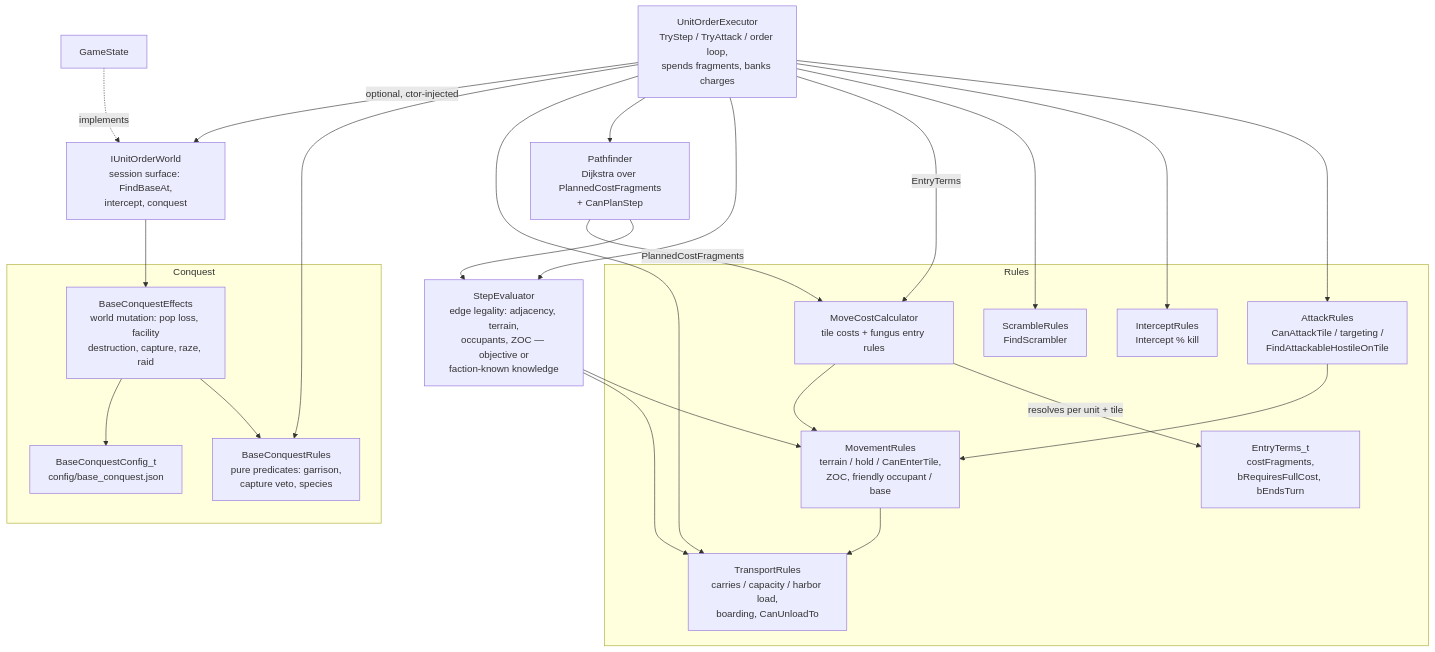
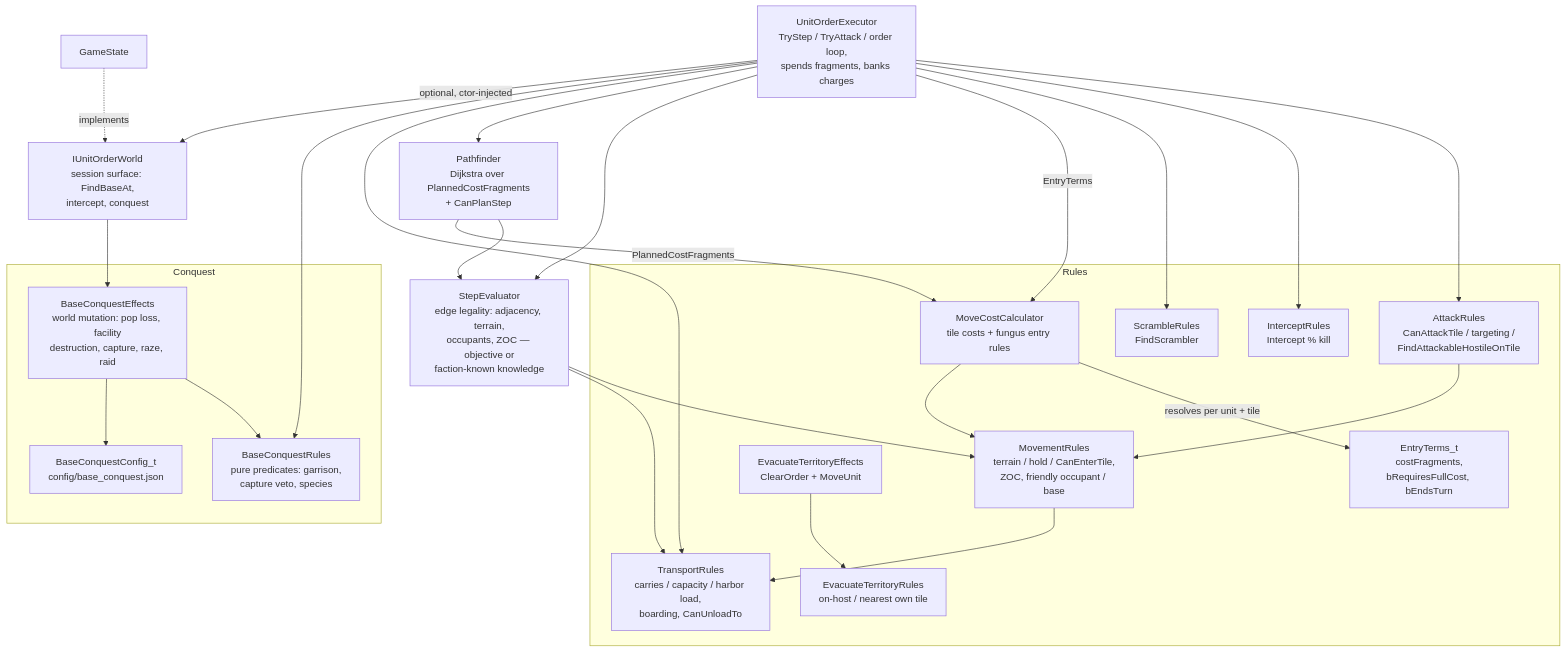
Before and after one commit to kilianloftis/alpha-centauri: the diagram in docs/architecture/unit-movement-system.md, drawn with Mermaid. The commit also changed other lines of this file and 8 other files, not shown here.

````diff
--- a/docs/architecture/unit-movement-system.md
+++ b/docs/architecture/unit-movement-system.md
@@ -9,46 +9,49 @@
 ```mermaid
 graph TD
     subgraph Rules
         MovementRules[MovementRules<br/>terrain / hold / CanEnterTile,<br/>ZOC, friendly occupant / base]
         TransportRules[TransportRules<br/>carries / capacity / harbor load,<br/>boarding, CanUnloadTo]
         MoveCostCalculator[MoveCostCalculator<br/>tile costs + fungus entry rules]
         EntryTerms[EntryTerms_t<br/>costFragments,<br/>bRequiresFullCost, bEndsTurn]
         MoveCostCalculator -->|resolves per unit + tile| EntryTerms
         MovementRules --> TransportRules
         AttackRules[AttackRules<br/>CanAttackTile / targeting /<br/>FindAttackableHostileOnTile]
         InterceptRules[InterceptRules<br/>Intercept % kill]
         ScrambleRules[ScrambleRules<br/>FindScrambler]
         AttackRules --> MovementRules
+        EvacuateTerritoryRules[EvacuateTerritoryRules<br/>on-host / nearest own tile]
+        EvacuateTerritoryEffects[EvacuateTerritoryEffects<br/>ClearOrder + MoveUnit]
+        EvacuateTerritoryEffects --> EvacuateTerritoryRules
     end
 
     subgraph Conquest
         BaseConquestRules[BaseConquestRules<br/>pure predicates: garrison,<br/>capture veto, species]
         BaseConquestEffects[BaseConquestEffects<br/>world mutation: pop loss, facility<br/>destruction, capture, raze, raid]
         BaseConquestConfig[BaseConquestConfig_t<br/>config/base_conquest.json]
         BaseConquestEffects --> BaseConquestRules
         BaseConquestEffects --> BaseConquestConfig
     end
 
     StepEvaluator[StepEvaluator<br/>edge legality: adjacency, terrain,<br/>occupants, ZOC — objective or<br/>faction-known knowledge]
     Pathfinder[Pathfinder<br/>Dijkstra over PlannedCostFragments<br/>+ CanPlanStep]
     UnitOrderExecutor[UnitOrderExecutor<br/>TryStep / TryAttack / order loop,<br/>spends fragments, banks charges]
     UnitOrderExecutor --> AttackRules
     UnitOrderExecutor --> InterceptRules
     UnitOrderExecutor --> ScrambleRules
     IUnitOrderWorld[IUnitOrderWorld<br/>session surface: FindBaseAt,<br/>intercept, conquest]
     GameState[GameState]
 
     StepEvaluator --> MovementRules
     StepEvaluator --> TransportRules
     MoveCostCalculator --> MovementRules
     Pathfinder --> StepEvaluator
     Pathfinder -->|PlannedCostFragments| MoveCostCalculator
     UnitOrderExecutor -->|EntryTerms| MoveCostCalculator
     UnitOrderExecutor --> StepEvaluator
     UnitOrderExecutor --> Pathfinder
     UnitOrderExecutor --> TransportRules
     UnitOrderExecutor --> BaseConquestRules
     UnitOrderExecutor -->|optional, ctor-injected| IUnitOrderWorld
     GameState -.->|implements| IUnitOrderWorld
     IUnitOrderWorld --> BaseConquestEffects
 ```
````
